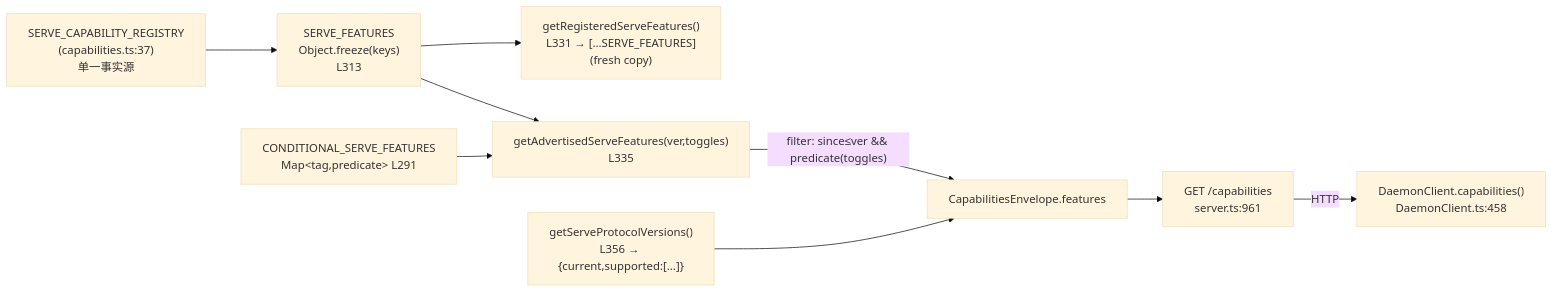
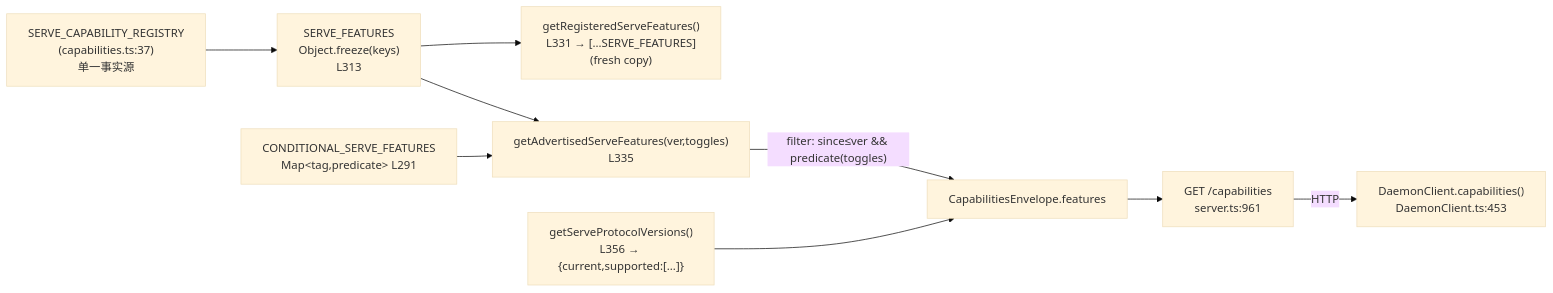
The first of 2 diagrams in qwen-code/feature/daemon-serve-mode/04-capabilities-and-protocol.md (doudouOUC/code_agent), drawn with Mermaid (base theme) before and after one commit. The commit also changed other lines of this file and 4 other files, not shown here.

````diff
--- a/qwen-code/feature/daemon-serve-mode/04-capabilities-and-protocol.md
+++ b/qwen-code/feature/daemon-serve-mode/04-capabilities-and-protocol.md
@@ -147,11 +153,11 @@
 ```mermaid
 flowchart LR
     REG["SERVE_CAPABILITY_REGISTRY<br/>(capabilities.ts:37)<br/>单一事实源"] --> SF["SERVE_FEATURES<br/>Object.freeze(keys)<br/>L313"]
     SF --> GRF["getRegisteredServeFeatures()<br/>L331 → [...SERVE_FEATURES]<br/>(fresh copy)"]
     SF --> GAF["getAdvertisedServeFeatures(ver,toggles)<br/>L335"]
     COND["CONDITIONAL_SERVE_FEATURES<br/>Map&lt;tag,predicate&gt; L291"] --> GAF
     GAF -->|"filter: since≤ver && predicate(toggles)"| ENV["CapabilitiesEnvelope.features"]
     PV["getServeProtocolVersions()<br/>L356 → {current,supported:[...]}"] --> ENV
     ENV --> ROUTE["GET /capabilities<br/>server.ts:961"]
-    ROUTE -->|HTTP| SDK["DaemonClient.capabilities()<br/>DaemonClient.ts:458"]
+    ROUTE -->|HTTP| SDK["DaemonClient.capabilities()<br/>DaemonClient.ts:453"]
 ```
````
